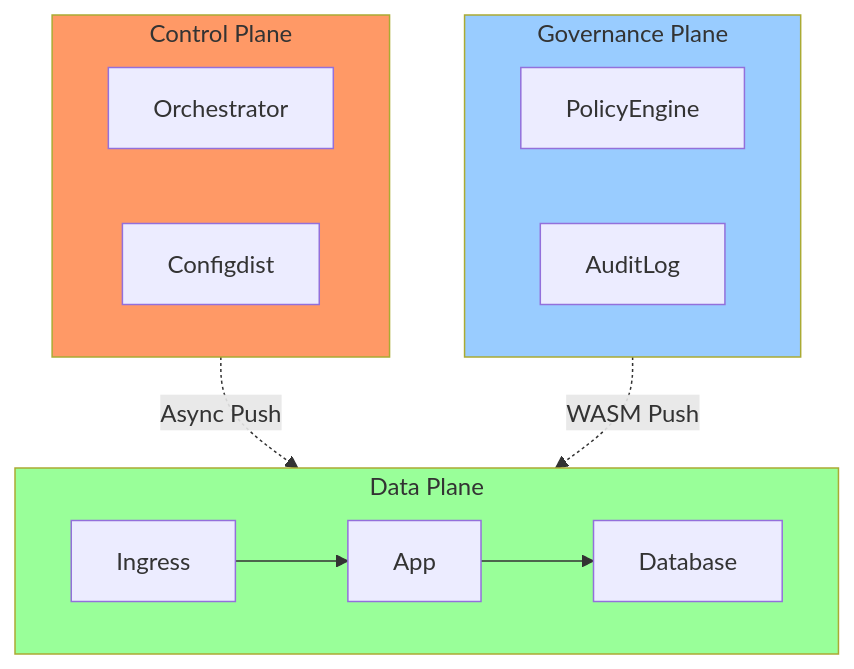
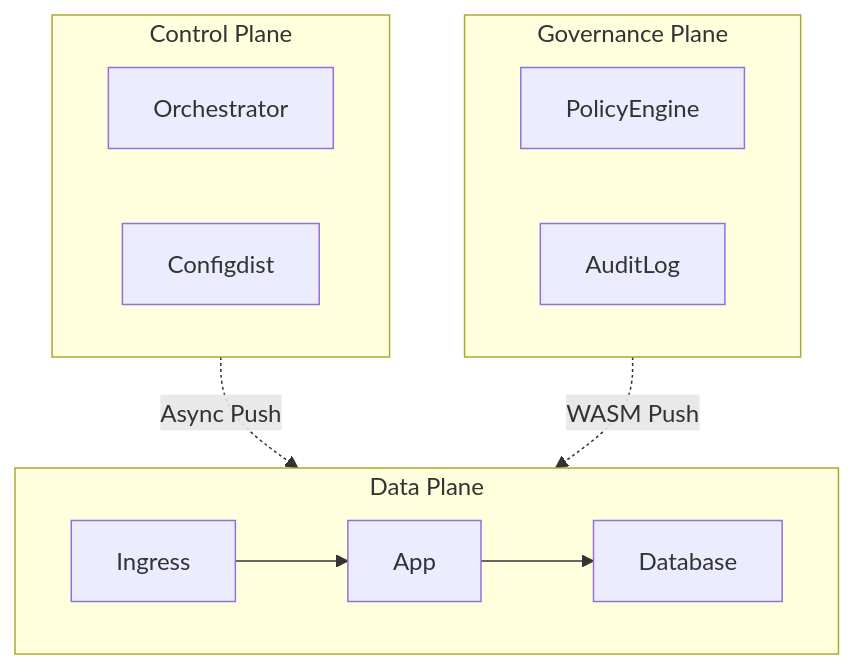
One commit to gchaitanyabharath9/omnigcloud changed the fourth of 8 diagrams in src/app/[locale]/research/papers/scholarly-article/SCHOLARLY-ARTICLE-ENTERPRISE-ARCHITECTURE.md. Above: the diagram before and after it, drawn with Mermaid. The commit also changed other lines of this file and 40 other files, not shown here.

````diff
--- a/src/app/[locale]/research/papers/scholarly-article/SCHOLARLY-ARTICLE-ENTERPRISE-ARCHITECTURE.md
+++ b/src/app/[locale]/research/papers/scholarly-article/SCHOLARLY-ARTICLE-ENTERPRISE-ARCHITECTURE.md
@@ -254,26 +290,25 @@
 ```mermaid
 graph TD
-    subgraph Control [Control Plane]
-
-        Orchestrator
-        Configdist
+    classDef Control fill:#4E79A7,stroke:#2C3E50,color:#fff;
+    classDef Data fill:#59A14F,stroke:#274E13,color:#fff;
+    classDef Policy fill:#9C6ADE,stroke:#4B0082,color:#fff;
+    classDef Obs fill:#F28E2B,stroke:#8B4513,color:#fff;
+    classDef Risk fill:#E15759,stroke:#7B241C,color:#fff;
+    classDef State fill:#76B7B2,stroke:#0E6251,color:#fff;
+    classDef Actor fill:#BAB0AC,stroke:#515A5A,color:#000;
+    subgraph Control ["Control Plane"]
+    Orchestrator
+    Configdist
     end
-
-    subgraph Governance [Governance Plane]
-
-        PolicyEngine
-        AuditLog
+    subgraph Governance ["Governance Plane"]
+    PolicyEngine
+    AuditLog
     end
-    
-    subgraph Data [Data Plane]
-        direction LR
-        Ingress --> App --> Database
+    subgraph Data ["Data Plane"]
+    direction LR
+    Ingress --> App --> Database
     end
-    
     Control -.->|Async Push| Data
     Governance -.->|WASM Push| Data
-    
-    style Control fill:#f96
-    style Governance fill:#9cf
-    style Data fill:#9f9
+
 ```
````
